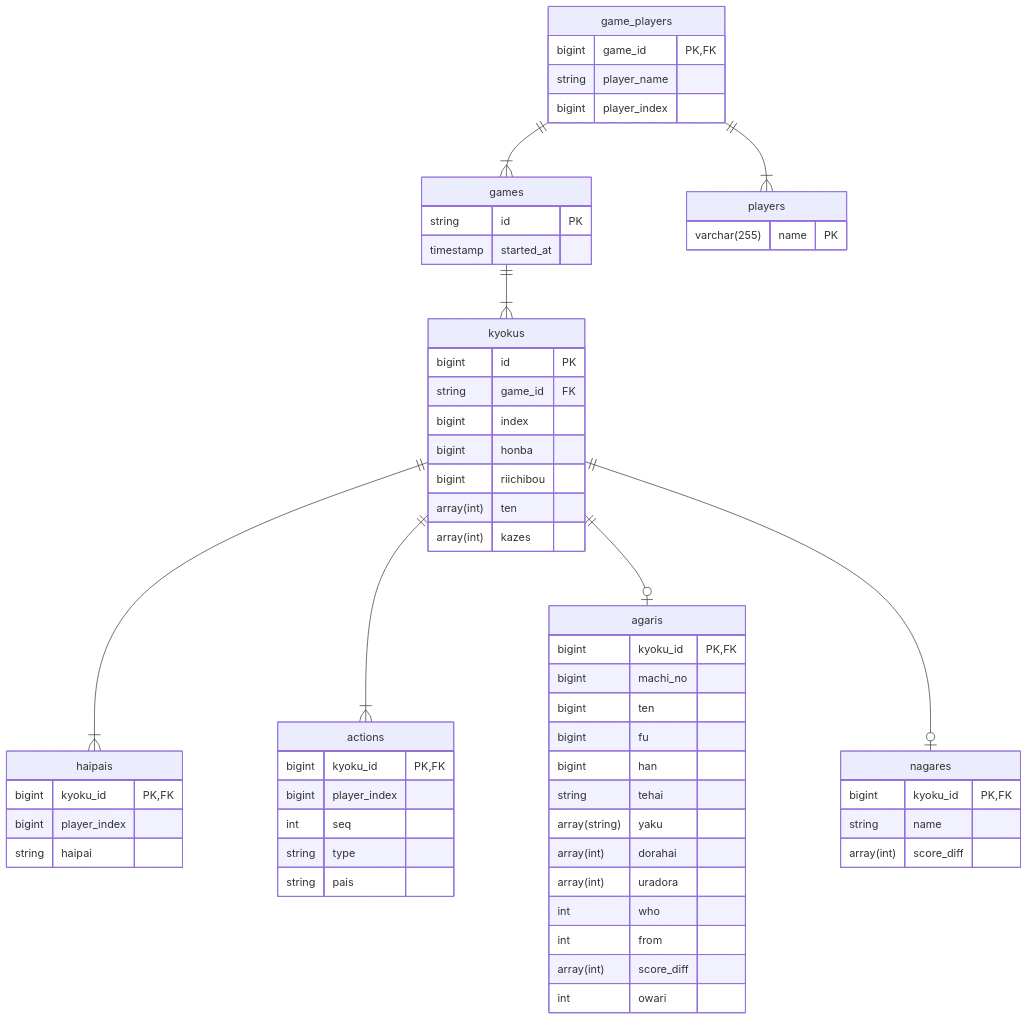
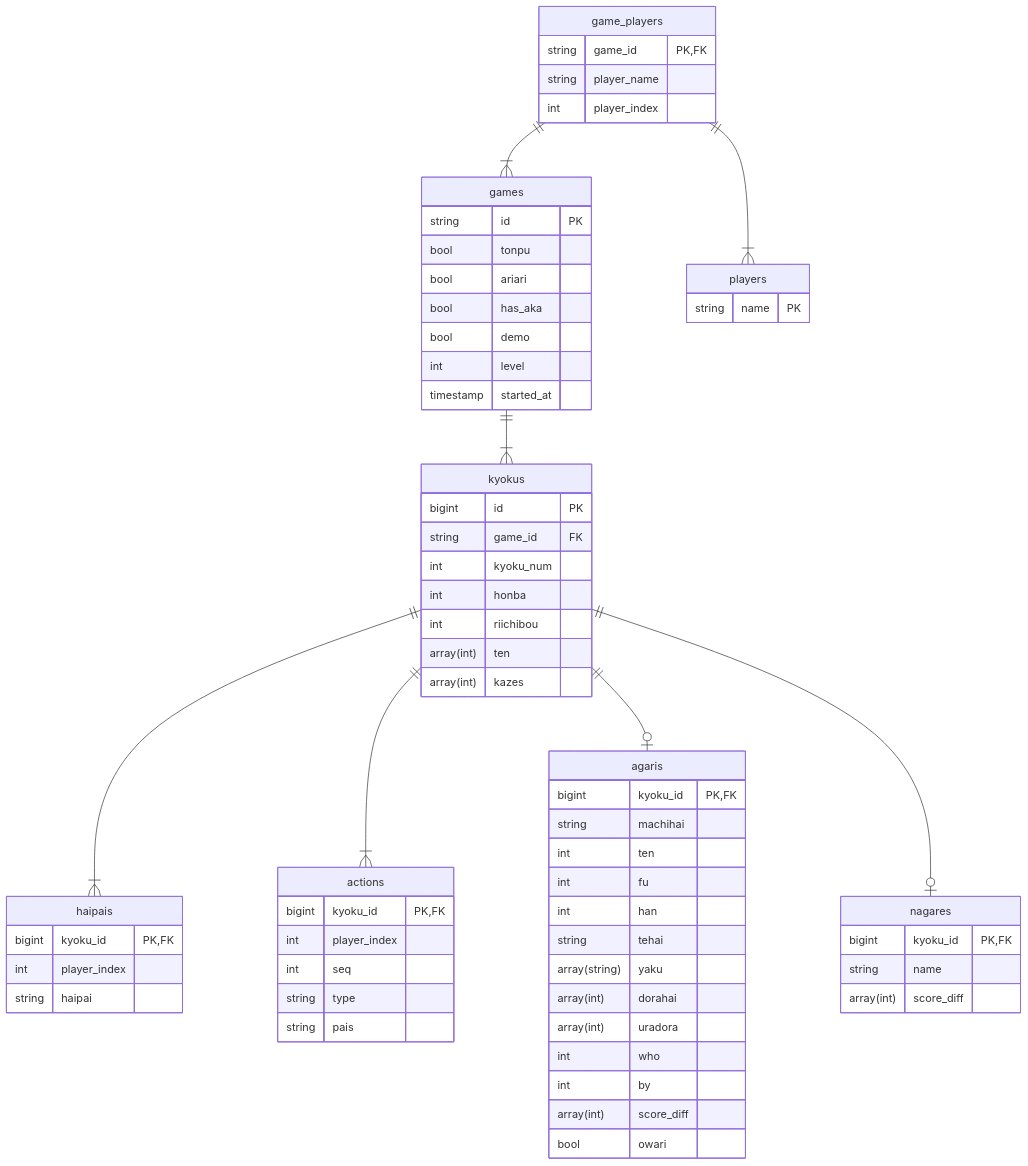
The diagram in er/mahjong.md (kackyt/mahjong-etl), drawn with Mermaid before and after one commit. The commit also changed 1 other file, not shown here.

Commit message:
feat: gamesテーブルにルールを追加

````diff
--- a/er/mahjong.md
+++ b/er/mahjong.md
@@ -1,69 +1,74 @@
 ```mermaid
 erDiagram
   game_players ||--|{ games : ""
   game_players ||--|{ players : ""
   games ||--|{ kyokus : ""
   kyokus ||--|{ haipais : ""
   kyokus ||--|{ actions : ""
   kyokus ||--o| agaris : ""
   kyokus ||--o| nagares : ""
 
   players {
-    varchar(255) name PK
+    string name PK
   }
   kyokus {
     bigint id PK
     string game_id FK
-    bigint index
-    bigint honba
-    bigint riichibou
+    int kyoku_num
+    int honba
+    int riichibou
     array(int) ten
     array(int) kazes
   }
 
   haipais {
     bigint kyoku_id PK,FK
-    bigint player_index
+    int player_index
     string haipai
   }
 
   actions {
     bigint kyoku_id PK,FK
-    bigint player_index
+    int player_index
     int seq
     string type
     string pais
   }
 
   agaris {
     bigint kyoku_id PK,FK
-    bigint machi_no
-    bigint ten
-    bigint fu
-    bigint han
+    string machihai
+    int ten
+    int fu
+    int han
     string tehai
     array(string) yaku
     array(int) dorahai
     array(int) uradora
     int who
-    int from
+    int by
     array(int) score_diff
-    int owari
+    bool owari
   }
 
   nagares {
     bigint kyoku_id PK,FK
     string name
     array(int) score_diff
   }
 
   game_players {
-    bigint game_id PK, FK
+    string game_id PK, FK
     string player_name
-    bigint player_index
+    int player_index
   }
   games {
     string id PK
+    bool tonpu
+    bool ariari
+    bool has_aka
+    bool demo
+    int level
     timestamp started_at
   }
 ```
````
